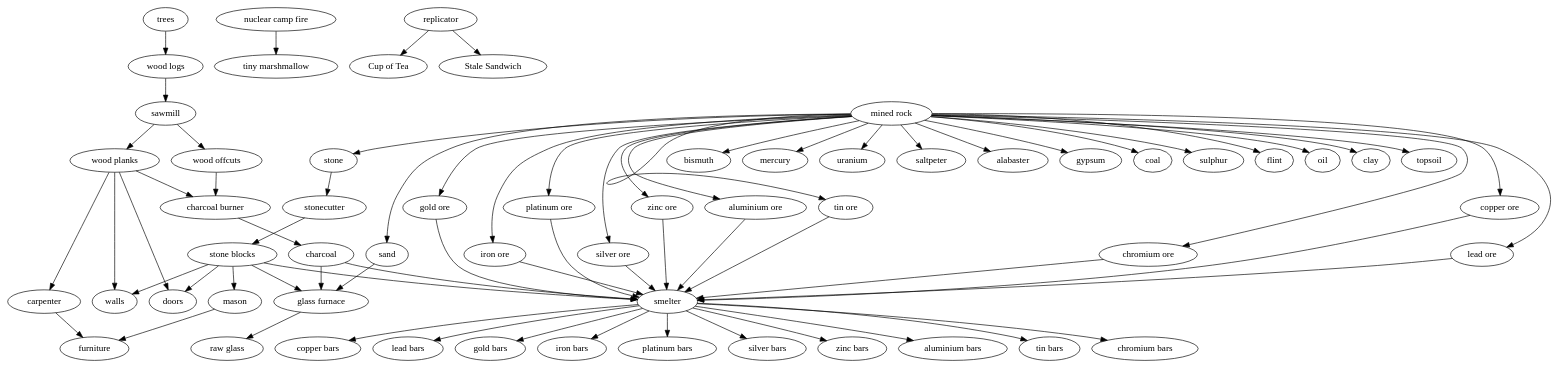
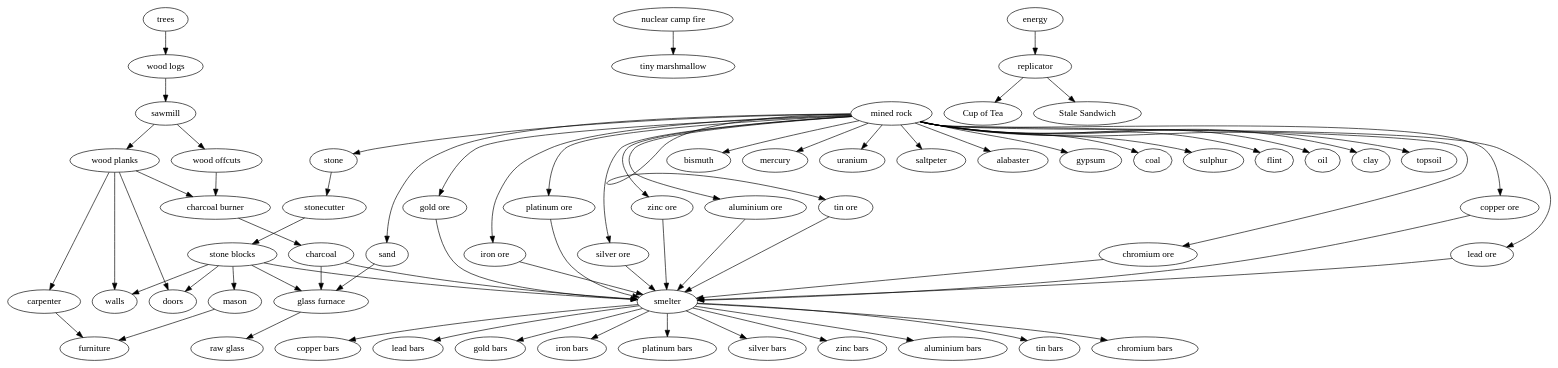
The diagram in screenshots/tech-tree.gv (thebracket/bgame), drawn with Graphviz before and after one commit. The commit also changed 1 other file, not shown here.

Commit message:
Add energy to tech tree

```diff
--- a/screenshots/tech-tree.gv
+++ b/screenshots/tech-tree.gv
@@ -1,60 +1,61 @@
 digraph G {
 	trees -> "wood logs" -> sawmill -> "wood planks" -> carpenter -> furniture
 	"wood planks" -> "charcoal burner"
 	"wood planks" -> walls
 	"wood planks" -> doors
 	sawmill -> "wood offcuts" -> "charcoal burner" -> charcoal
 
 	stone -> stonecutter -> "stone blocks" -> mason -> furniture
 	"stone blocks" -> "glass furnace"
 	"stone blocks" -> smelter
 	"stone blocks" -> walls
 	"stone blocks" -> doors
 
 	sand -> "glass furnace" -> "raw glass"
 
 	charcoal -> smelter
 	charcoal -> "glass furnace"
 
 	"mined rock" -> stone
 	"mined rock" -> "aluminium ore"
 	"mined rock" -> "tin ore"
 	"mined rock" -> "chromium ore"
 	"mined rock" -> "copper ore"
 	"mined rock" -> "lead ore"
 	"mined rock" -> "gold ore"
 	"mined rock" -> "iron ore"
 	"mined rock" -> "platinum ore"
 	"mined rock" -> "silver ore"
 	"mined rock" -> "zinc ore"
 	"mined rock" -> bismuth
 	"mined rock" -> mercury
 	"mined rock" -> uranium
 	"mined rock" -> saltpeter
 	"mined rock" -> alabaster
 	"mined rock" -> gypsum
 	"mined rock" -> coal
 	"mined rock" -> sulphur
 	"mined rock" -> flint
 	"mined rock" -> sand
 	"mined rock" -> oil
 	"mined rock" -> clay
 	"mined rock" -> topsoil
 
 	"aluminium ore" -> smelter -> "aluminium bars"
 	"tin ore" -> smelter -> "tin bars"
 	"chromium ore" -> smelter -> "chromium bars"
 	"copper ore" -> smelter -> "copper bars"
 	"lead ore" -> smelter -> "lead bars"
 	"gold ore" -> smelter -> "gold bars"
 	"iron ore" -> smelter -> "iron bars"
 	"platinum ore" -> smelter -> "platinum bars"
 	"silver ore" -> smelter -> "silver bars"
 	"zinc ore" -> smelter -> "zinc bars"
 
 	"nuclear camp fire" -> "tiny marshmallow"
 
+	energy -> replicator
 	replicator -> "Cup of Tea"
 	replicator -> "Stale Sandwich"
 
 }
```
